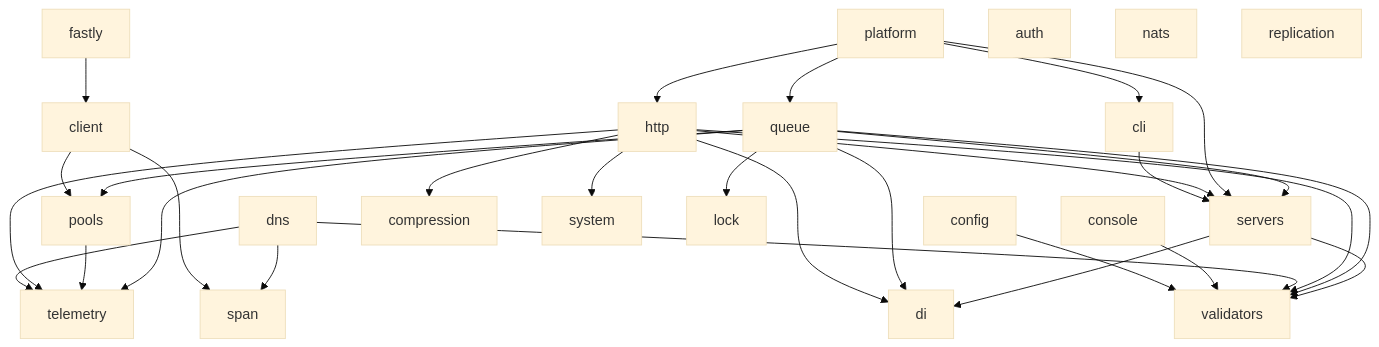
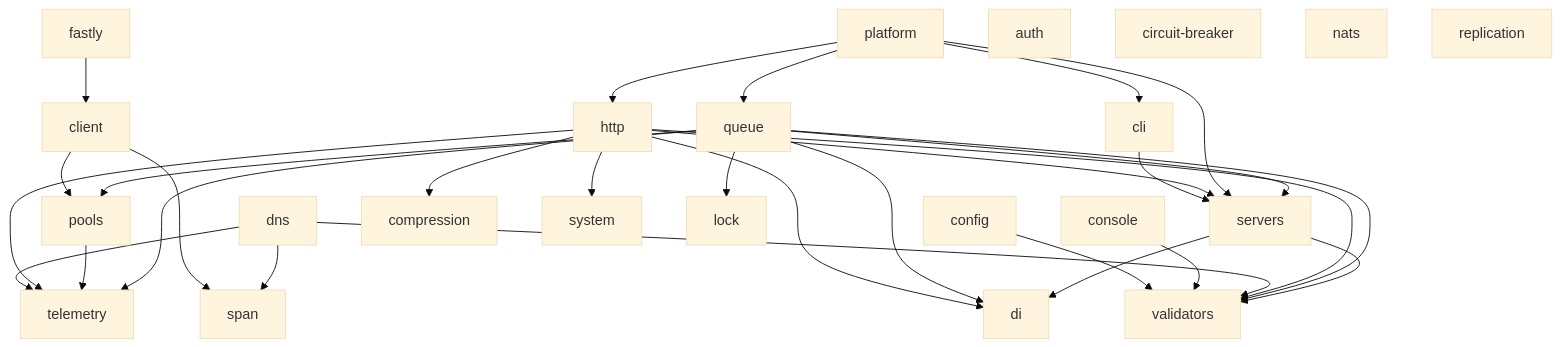
The diagram in README.md (utopia-php/monorepo), drawn with Mermaid (base theme) before and after one commit. The commit also changed 20 other files, not shown here.

Commit message:
chore(circuit-breaker): normalize absorbed package

````diff
--- a/README.md
+++ b/README.md
@@ -46,34 +46,35 @@
 ```mermaid
 graph TD
     cli --> servers
     client --> pools
     client --> span
     config --> validators
     console --> validators
     dns --> span
     dns --> telemetry
     dns --> validators
     fastly --> client
     http --> di
     http --> servers
     http --> compression
     http --> telemetry
     http --> validators
     http --> system
     platform --> cli
     platform --> http
     platform --> queue
     platform --> servers
     pools --> telemetry
     queue --> di
     queue --> lock
     queue --> servers
     queue --> pools
     queue --> telemetry
     queue --> validators
     servers --> di
     servers --> validators
     auth
+    circuit-breaker
     nats
     replication
 ```
````
